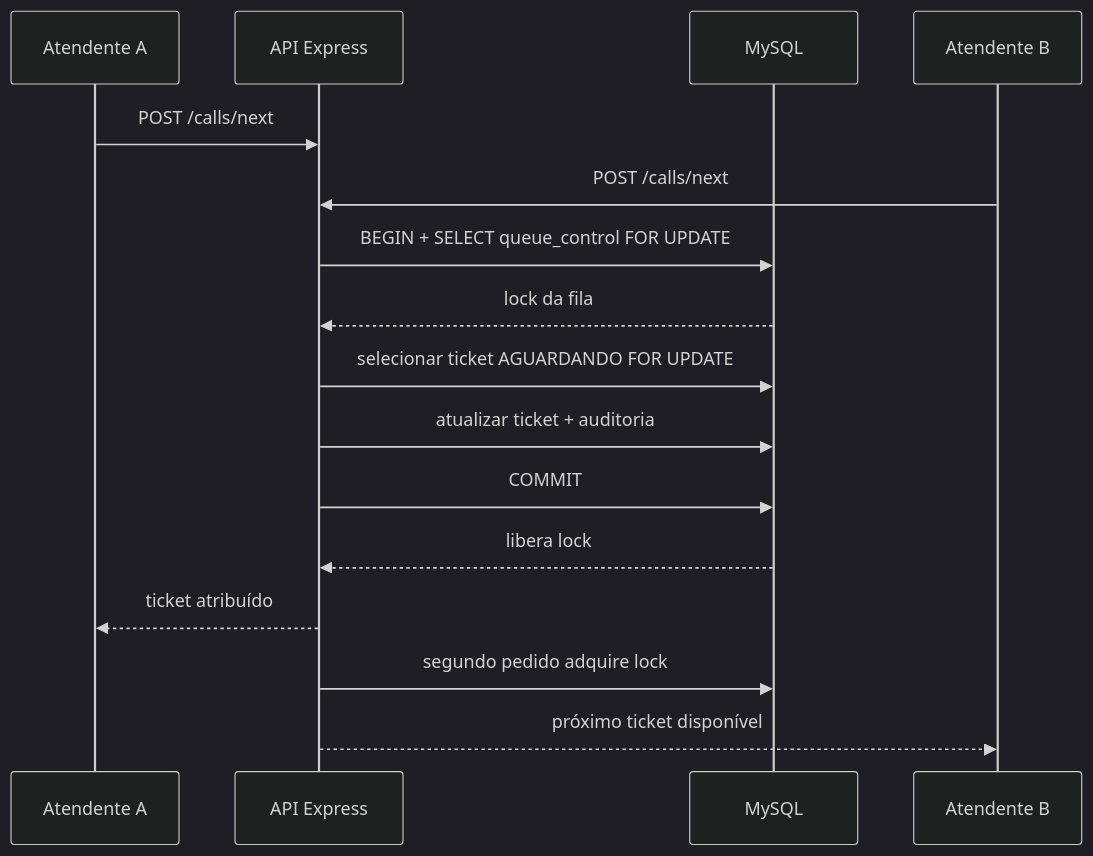
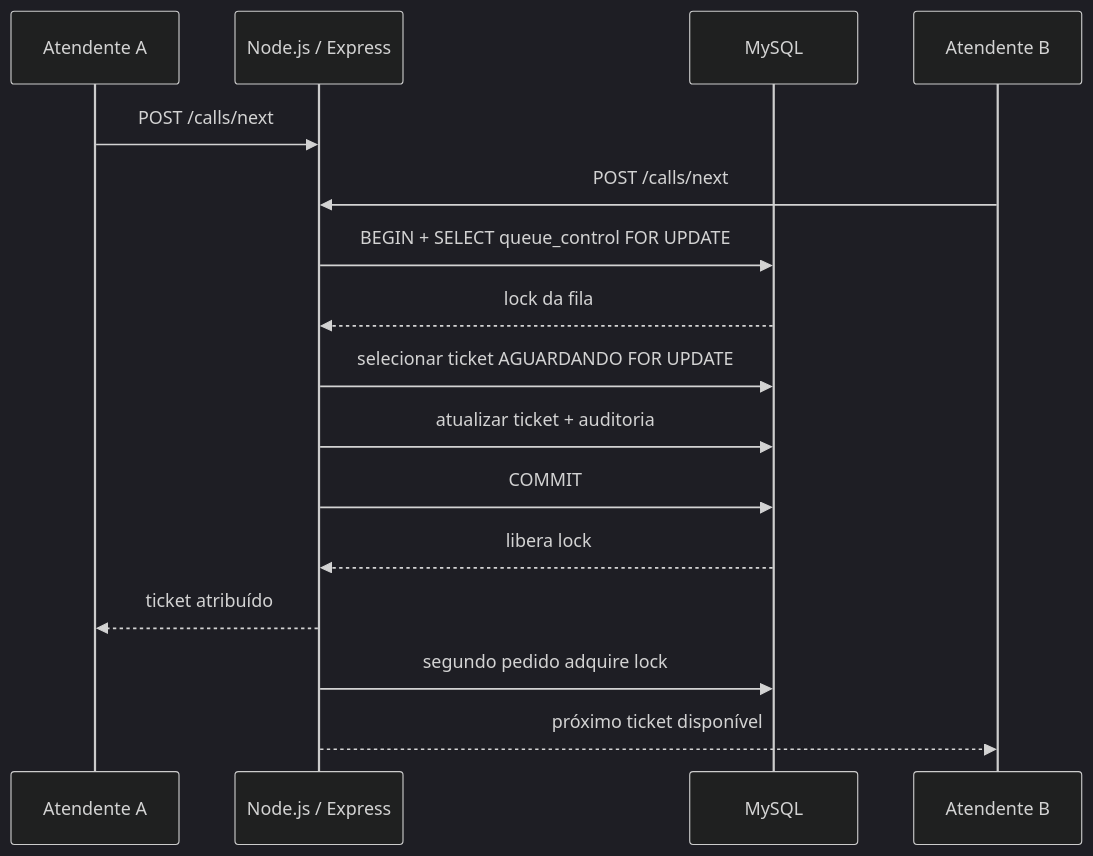
The diagram in docs/models/uml/sequencia-chamada.md (andretec407/Clinica-Marcacao), drawn with Mermaid (dark theme) before and after one commit. The commit also changed 44 other files, not shown here.

````diff
--- a/docs/models/uml/sequencia-chamada.md
+++ b/docs/models/uml/sequencia-chamada.md
@@ -3,19 +3,19 @@
 ```mermaid
 sequenceDiagram
     participant AA1 as Atendente A
-    participant API as API Express
+    participant API as Node.js / Express
     participant DB as MySQL
     participant AA2 as Atendente B
 
     AA1->>API: POST /calls/next
     AA2->>API: POST /calls/next
     API->>DB: BEGIN + SELECT queue_control FOR UPDATE
     DB-->>API: lock da fila
     API->>DB: selecionar ticket AGUARDANDO FOR UPDATE
     API->>DB: atualizar ticket + auditoria
     API->>DB: COMMIT
     DB-->>API: libera lock
     API-->>AA1: ticket atribuído
     API->>DB: segundo pedido adquire lock
     API-->>AA2: próximo ticket disponível
 ```
````
